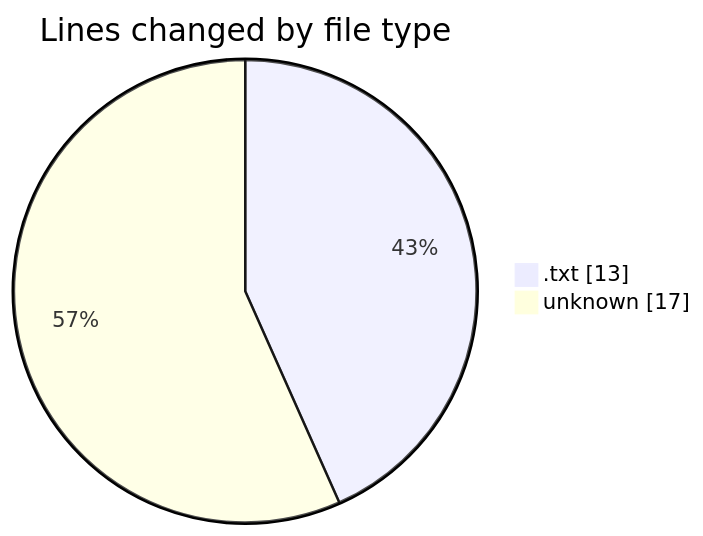
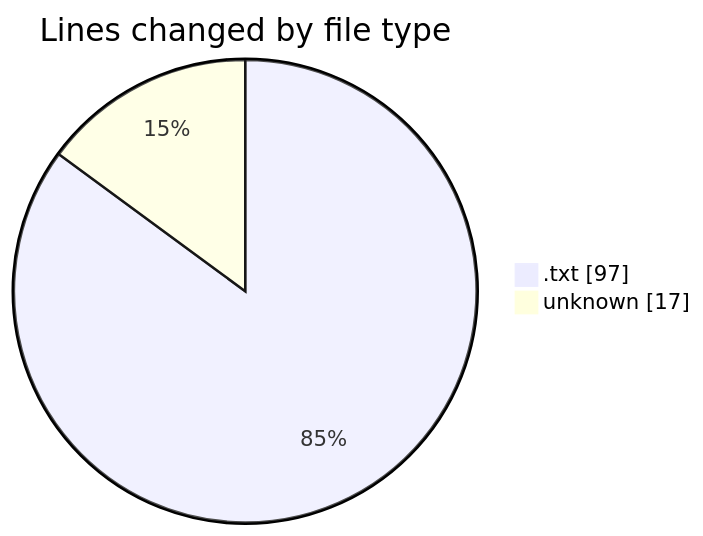
One commit to Netris89/code-tracking changed the first of 2 diagrams in 2025-04-27/utilities/README.md. Above: the diagram before and after it, drawn with Mermaid. The commit also changed other lines of this file and 1 other file, not shown here.

````diff
--- a/2025-04-27/utilities/README.md
+++ b/2025-04-27/utilities/README.md
@@ -21,6 +25,6 @@
 ```mermaid
 pie showData
 title Lines changed by file type
-".txt" : 13
+".txt" : 97
 "unknown" : 17
 ```
````
